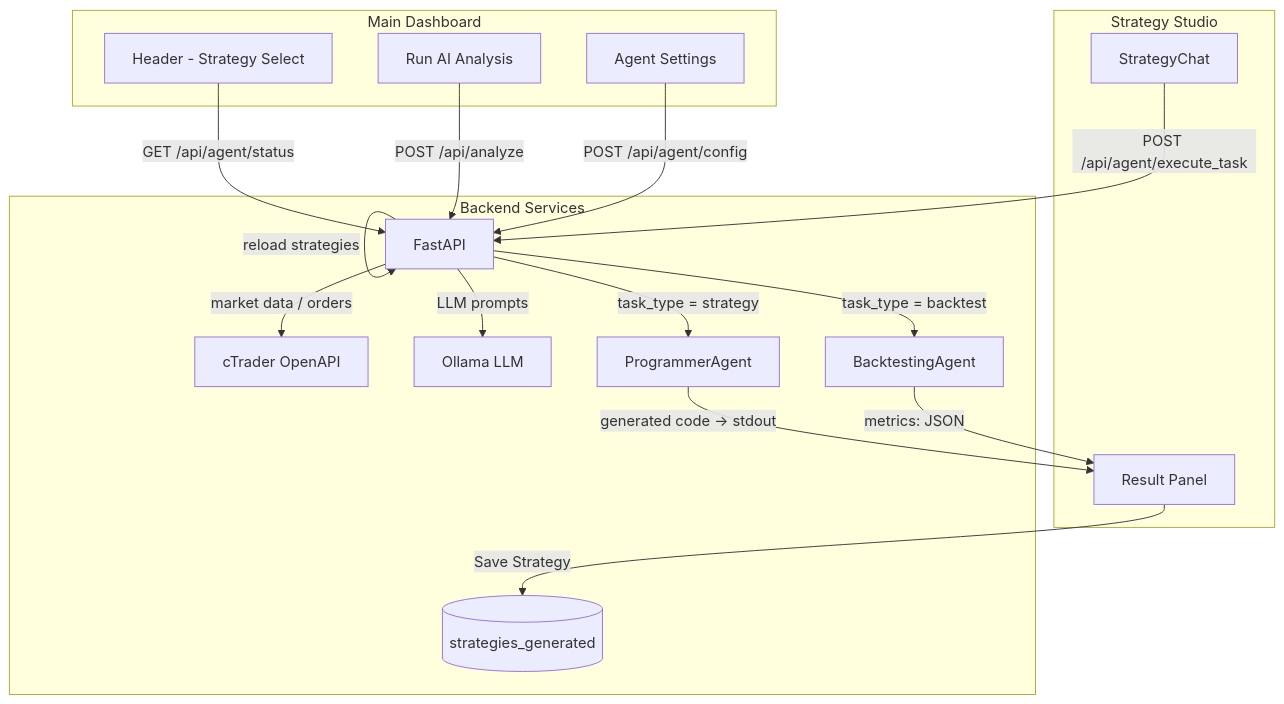
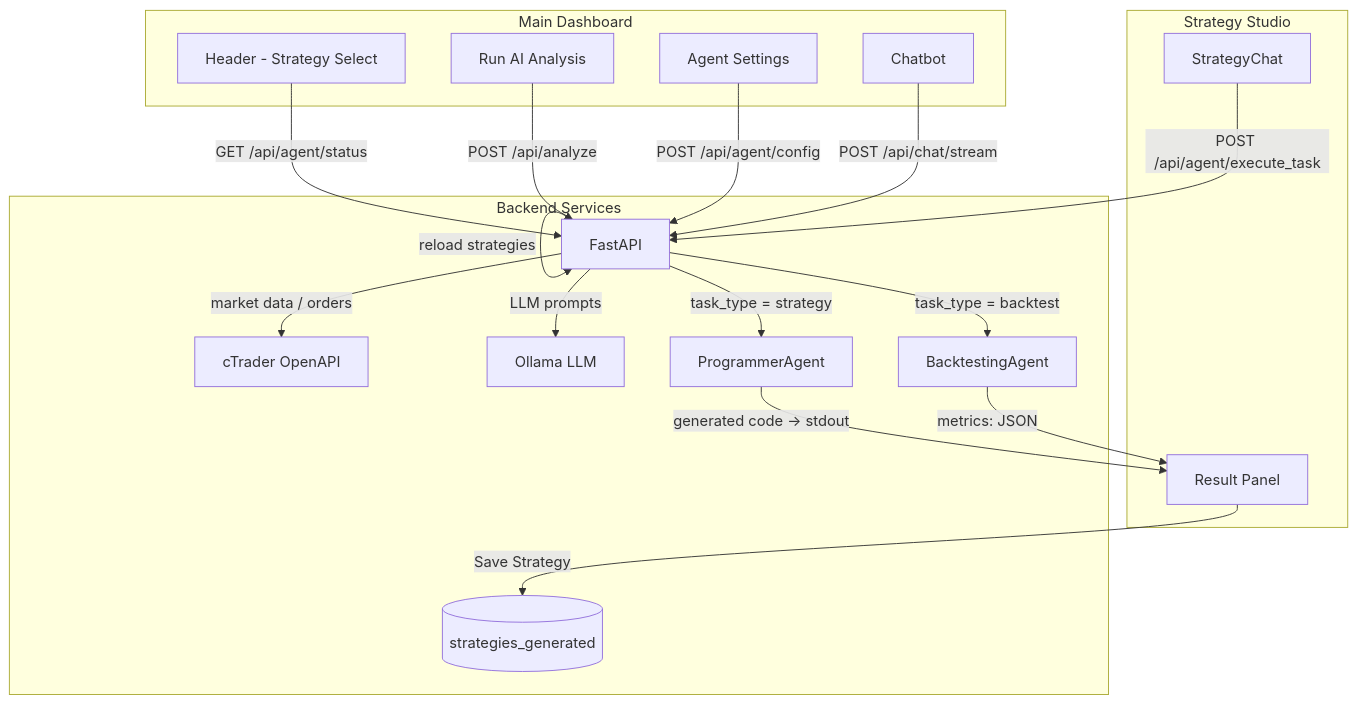
One commit to maghdam/GenAI-MultiAgent-TradingSystem changed the diagram in README.md. Above: the diagram before and after it, drawn with Mermaid.

Commit message:
docs(readme): add Main Dashboard Chatbot to architecture flow and link to /api/chat/stream

````diff
--- a/README.md
+++ b/README.md
@@ -114,41 +114,43 @@
 ```mermaid
 graph TD
   subgraph Main Dashboard
     HD[Header - Strategy Select]
     AN[Run AI Analysis]
     AS[Agent Settings]
+    CB[Chatbot]
   end
 
   subgraph Strategy Studio
     S[StrategyChat]
     R[Result Panel]
   end
 
   subgraph Backend Services
     H[FastAPI]
     PA[ProgrammerAgent]
     BA[BacktestingAgent]
     CTD[cTrader OpenAPI]
     OLL[Ollama LLM]
     FS[(strategies_generated)]
   end
 
   %% Dashboard <-> Backend
   HD -->|"GET /api/agent/status"| H
   AN -->|"POST /api/analyze"| H
   AS -->|"POST /api/agent/config"| H
+  CB -->|"POST /api/chat/stream"| H
 
   %% Studio <-> Backend
   S -->|"POST /api/agent/execute_task"| H
   H -->|"task_type = strategy"| PA
   H -->|"task_type = backtest"| BA
   PA -->|"generated code → stdout"| R
   BA -->|"metrics: JSON"| R
   R -->|"Save Strategy"| FS
   %% ⚠️ self-loop can be flaky on GitHub; delete if it breaks
   H -->|"reload strategies"| H
 
   %% Backend integrations
   H -->|"market data / orders"| CTD
   H -->|"LLM prompts"| OLL
 ```
````
